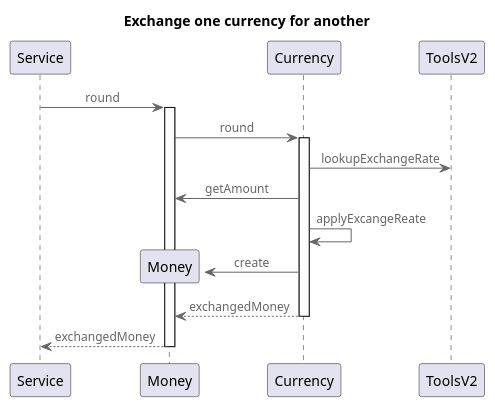
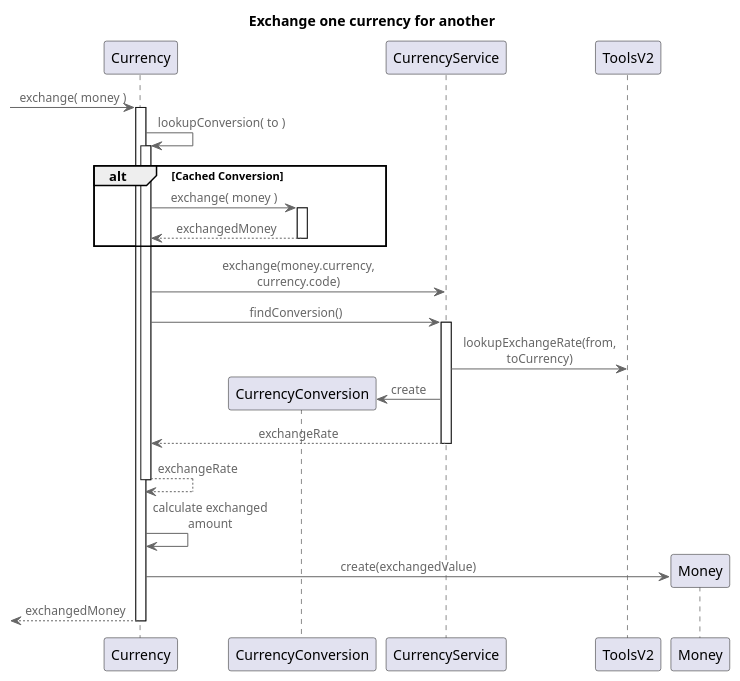
One commit to kphannan/airline-core changed the diagram in doc/currency/Exchange.puml. Above: the diagram before and after it, drawn with PlantUML. The commit also changed 6 other files, not shown here.

Commit message:
Added class / interaction diagrams.

```diff
--- a/doc/currency/Exchange.puml
+++ b/doc/currency/Exchange.puml
@@ -2,16 +2,22 @@
 @startuml
 !includeurl https://raw.githubusercontent.com/RicardoNiepel/C4-PlantUML/master/C4_Container.puml
 
 title Exchange one currency for another
 
-Service -> Money : round
-activate Money
-Money -> Currency : round
-activate Currency
-Currency -> ToolsV2 : lookupExchangeRate
-Currency -> Money : getAmount
-Currency -> Currency : applyExcangeReate
-Currency -> Money ** : create
+[-> Currency ++: exchange( money )
+Currency -> Currency ++: lookupConversion( to )
+alt Cached Conversion
+Currency -> CurrencyConversion ++: exchange( money )
 return exchangedMoney
+end
+Currency -> CurrencyService : exchange(money.currency, currency.code)
+Currency -> CurrencyService ++: findConversion()
+CurrencyService -> ToolsV2 : lookupExchangeRate(from, toCurrency)
+CurrencyService -> CurrencyConversion ** : create
+return exchangeRate
+return exchangeRate
+Currency -> Currency : calculate exchanged amount
+Currency -> Money ** : create(exchangedValue)
 return exchangedMoney
+
 @enduml
```
